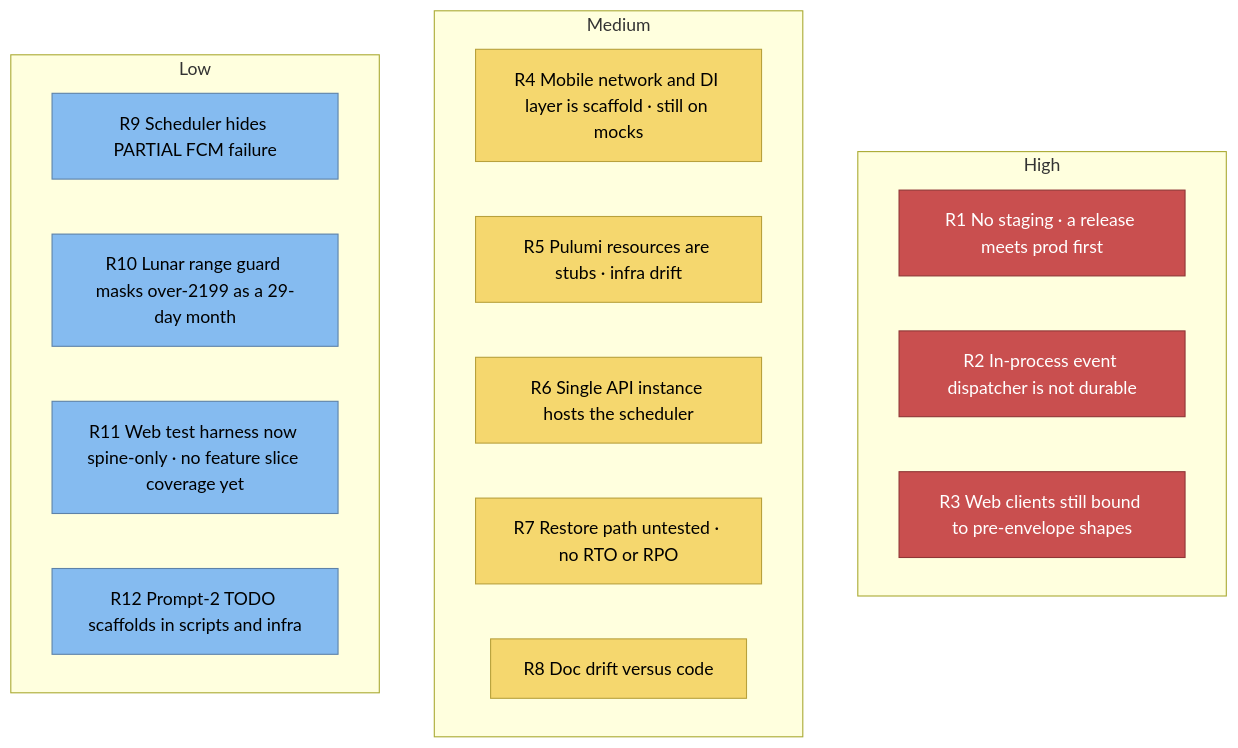
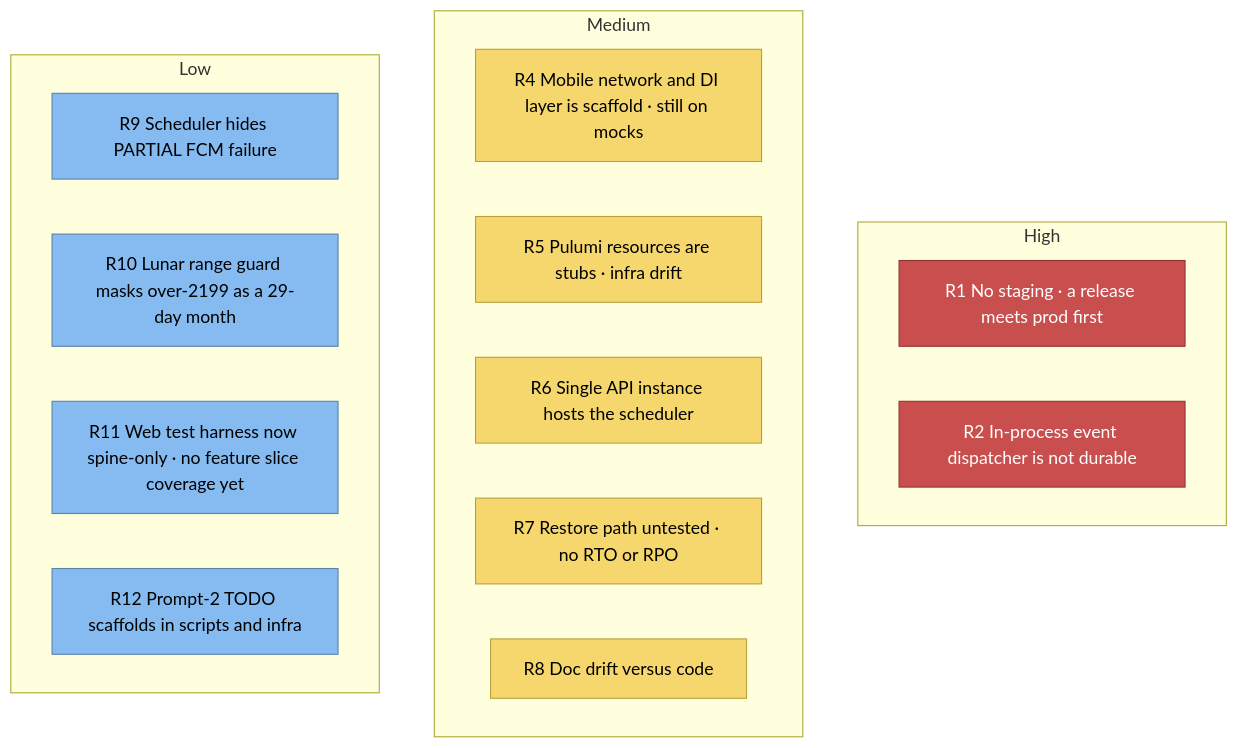
Before and after one commit to namphuongtran/familyroots: the diagram in docs/sad/11-risks-and-technical-debt.md, drawn with Mermaid. The commit also changed other lines of this file and 72 other files, not shown here.

````diff
--- a/docs/sad/11-risks-and-technical-debt.md
+++ b/docs/sad/11-risks-and-technical-debt.md
@@ -5,27 +5,26 @@
 ```mermaid
 graph TB
   subgraph high[High]
     h1[R1 No staging · a release meets prod first]:::bad
     h2[R2 In-process event dispatcher is not durable]:::bad
-    h3[R3 Web clients still bound to pre-envelope shapes]:::bad
   end
 
   subgraph medium[Medium]
     m1[R4 Mobile network and DI layer is scaffold · still on mocks]:::dec
     m2[R5 Pulumi resources are stubs · infra drift]:::dec
     m3[R6 Single API instance hosts the scheduler]:::dec
     m4[R7 Restore path untested · no RTO or RPO]:::dec
     m5[R8 Doc drift versus code]:::dec
   end
 
   subgraph low[Low]
     l1[R9 Scheduler hides PARTIAL FCM failure]:::comp
     l2[R10 Lunar range guard masks over-2199 as a 29-day month]:::comp
     l3[R11 Web test harness now spine-only · no feature slice coverage yet]:::comp
     l4[R12 Prompt-2 TODO scaffolds in scripts and infra]:::comp
   end
 
   classDef comp fill:#85bbf0,stroke:#5d82a8,color:#000000
   classDef dec fill:#f5d76e,stroke:#b8a13c,color:#000000
   classDef bad fill:#c94f4f,stroke:#8f3636,color:#ffffff
 ```
````
